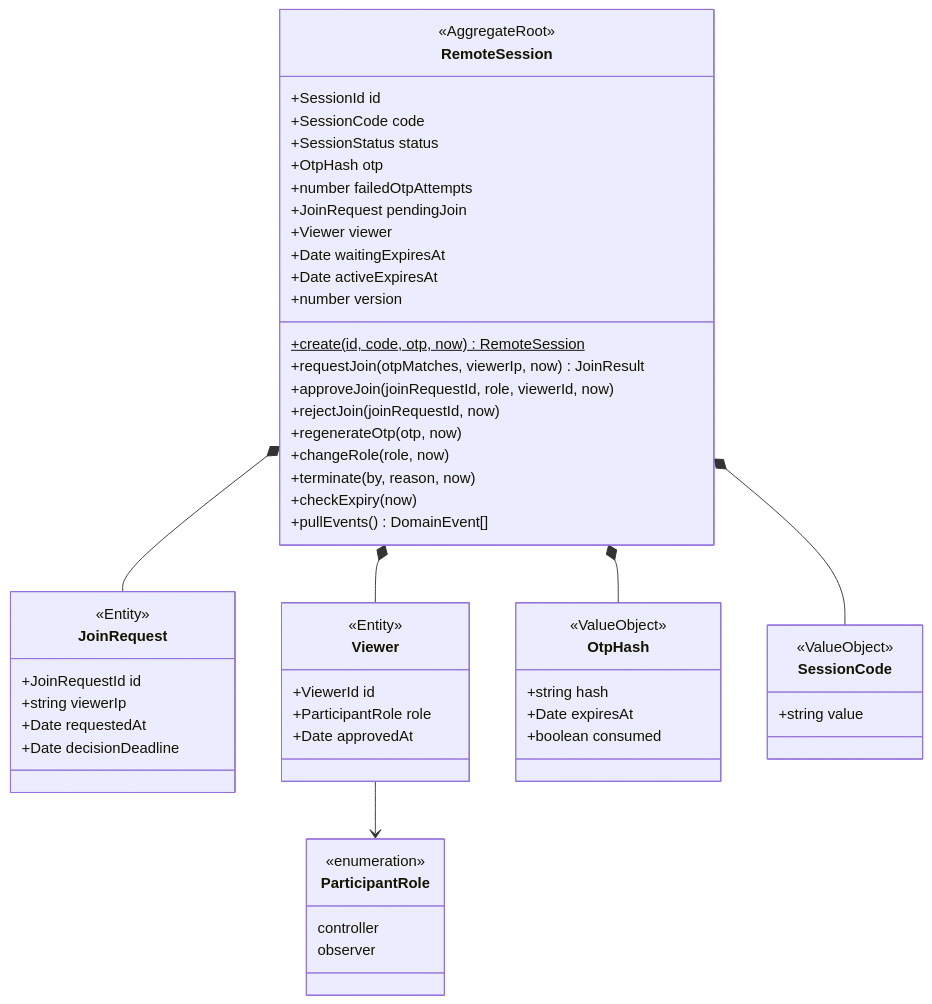
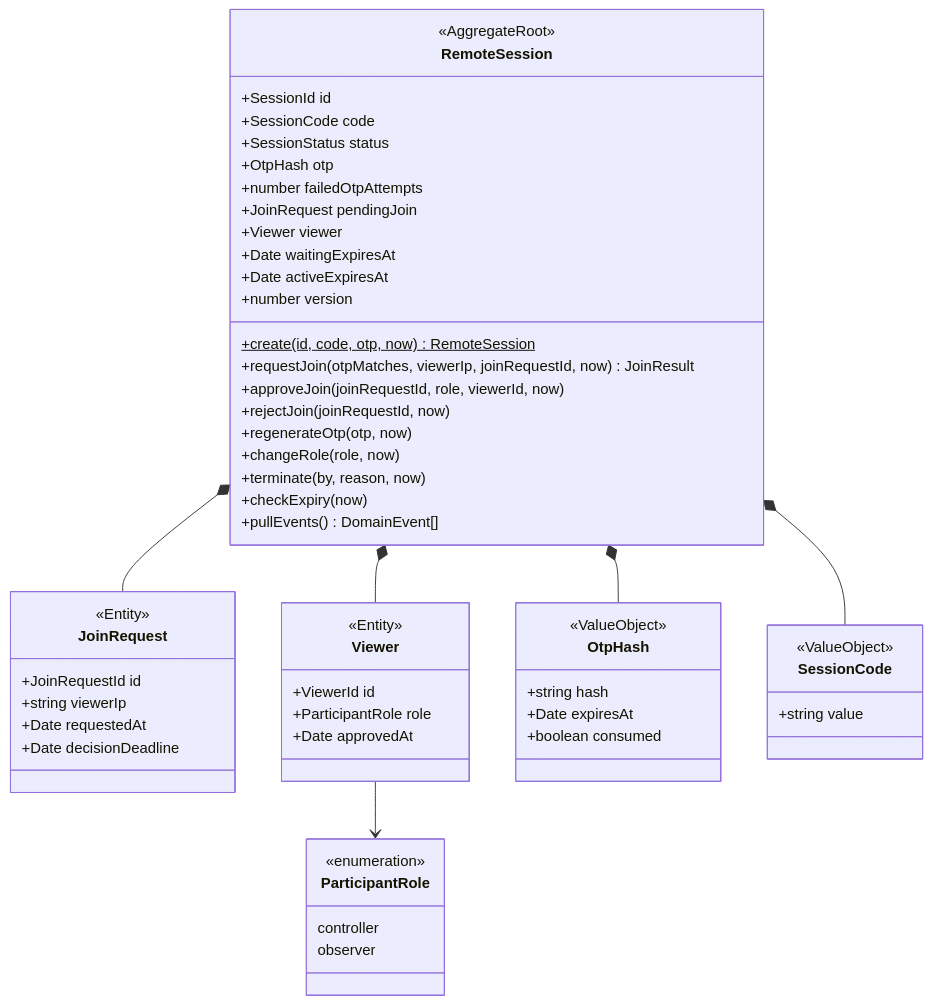
Before and after one commit to dunguyen-311201/PBL4: the second of 3 diagrams in docs/02-domain-model.md, drawn with Mermaid. The commit also changed other lines of this file and 20 other files, not shown here.

````diff
--- a/docs/02-domain-model.md
+++ b/docs/02-domain-model.md
@@ -57,58 +57,58 @@
 ```mermaid
 classDiagram
     class RemoteSession {
         <<AggregateRoot>>
         +SessionId id
         +SessionCode code
         +SessionStatus status
         +OtpHash otp
         +number failedOtpAttempts
         +JoinRequest pendingJoin
         +Viewer viewer
         +Date waitingExpiresAt
         +Date activeExpiresAt
         +number version
         +create(id, code, otp, now)$ RemoteSession
-        +requestJoin(otpMatches, viewerIp, now) JoinResult
+        +requestJoin(otpMatches, viewerIp, joinRequestId, now) JoinResult
         +approveJoin(joinRequestId, role, viewerId, now)
         +rejectJoin(joinRequestId, now)
         +regenerateOtp(otp, now)
         +changeRole(role, now)
         +terminate(by, reason, now)
         +checkExpiry(now)
         +pullEvents() DomainEvent[]
     }
     class JoinRequest {
         <<Entity>>
         +JoinRequestId id
         +string viewerIp
         +Date requestedAt
         +Date decisionDeadline
     }
     class Viewer {
         <<Entity>>
         +ViewerId id
         +ParticipantRole role
         +Date approvedAt
     }
     class OtpHash {
         <<ValueObject>>
         +string hash
         +Date expiresAt
         +boolean consumed
     }
     class SessionCode {
         <<ValueObject>>
         +string value
     }
     class ParticipantRole {
         <<enumeration>>
         controller
         observer
     }
     RemoteSession *-- JoinRequest
     RemoteSession *-- Viewer
     RemoteSession *-- OtpHash
     RemoteSession *-- SessionCode
     Viewer --> ParticipantRole
 ```
````
